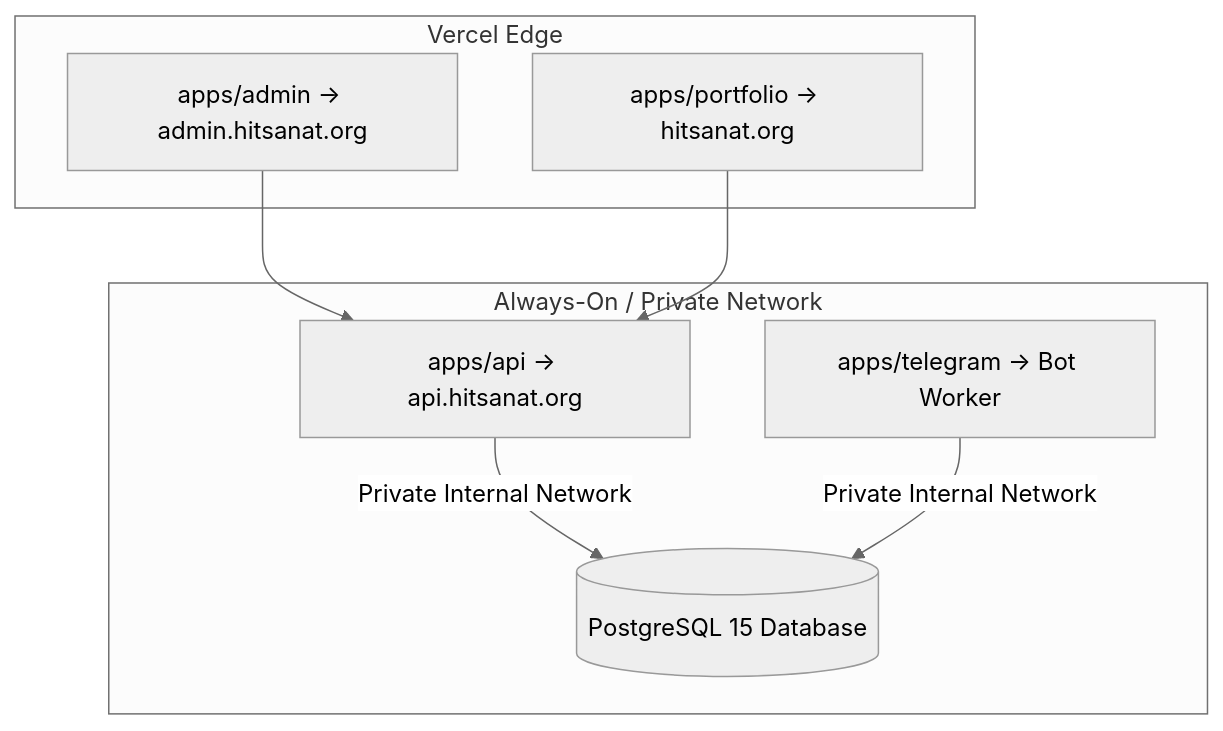
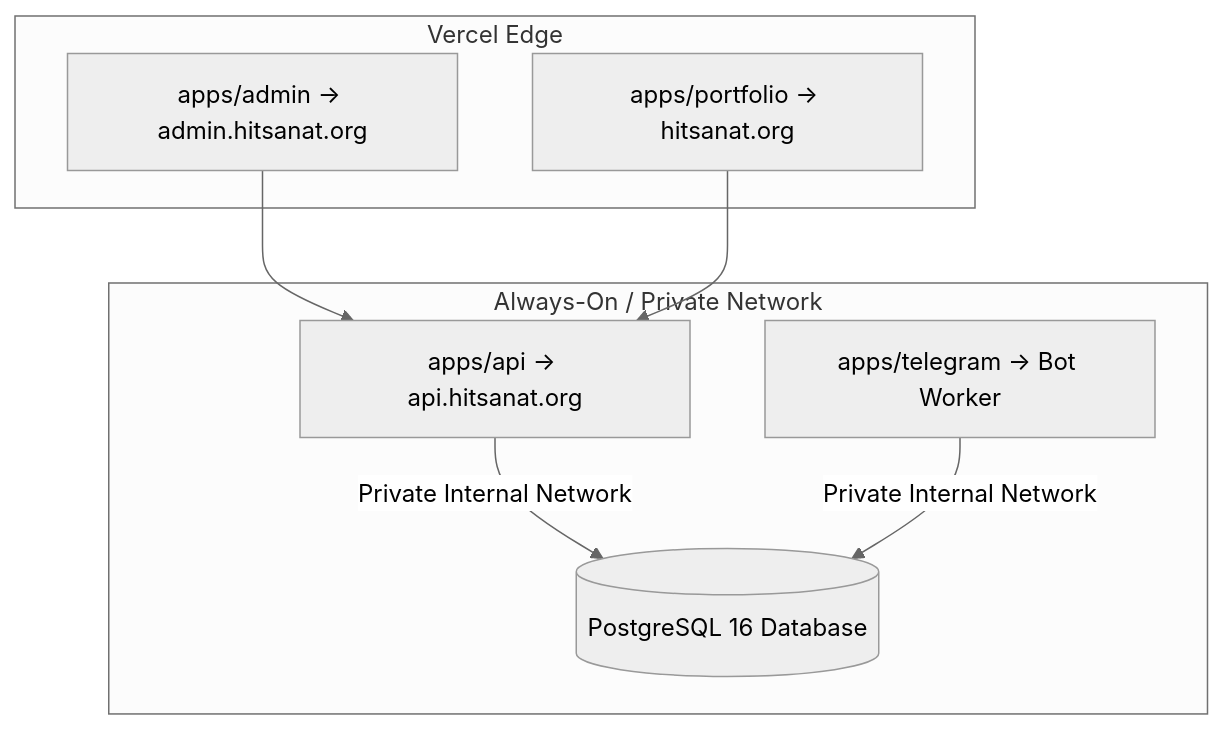
The diagram in docs/deployment/overview.md (Hitsanat-Kfl/hitsanat), drawn with Mermaid (neutral theme) before and after one commit. The commit also changed other lines of this file and 59 other files, not shown here.

````diff
--- a/docs/deployment/overview.md
+++ b/docs/deployment/overview.md
@@ -11,18 +11,18 @@
 ```mermaid
 graph TD
     subgraph Frontend Services [Vercel Edge]
         AdminApp[apps/admin -> admin.hitsanat.org]
         PortfolioApp[apps/portfolio -> hitsanat.org]
     end
 
     subgraph Railway Canvas [Always-On / Private Network]
         ApiServer[apps/api -> api.hitsanat.org]
         TelegramWorker[apps/telegram -> Bot Worker]
-        PostgresDB[(PostgreSQL 15 Database)]
+        PostgresDB[(PostgreSQL 16 Database)]
     end
 
     AdminApp --> ApiServer
     PortfolioApp --> ApiServer
     ApiServer -->|Private Internal Network| PostgresDB
     TelegramWorker -->|Private Internal Network| PostgresDB
 ```
````
